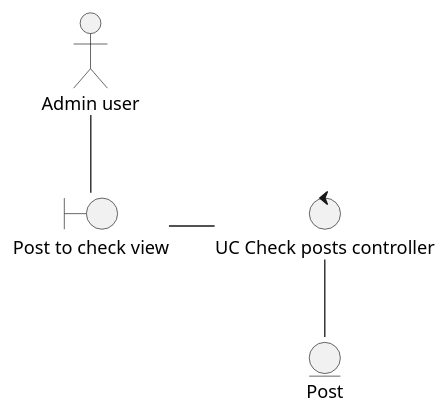
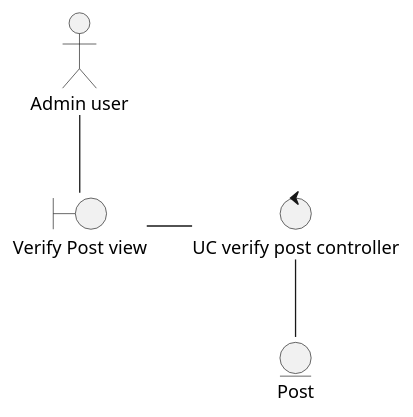
One commit to Dayannis-07/ING_SOFT changed the diagram in docs/scenariosView/analysisClassDiagram/useCase-VerificarPublicaciones.puml. Above: the diagram before and after it, drawn with PlantUML. The commit also changed 7 other files, not shown here.

```diff
--- a/docs/scenariosView/analysisClassDiagram/useCase-VerificarPublicaciones.puml
+++ b/docs/scenariosView/analysisClassDiagram/useCase-VerificarPublicaciones.puml
@@ -1,9 +1,9 @@
 @startuml verificarPublicaciones
 actor "Admin user" as Act
-boundary "Post to check view" as view
+boundary "Verify Post view" as view
 Act--view
-control "UC Check posts controller" as controller
+control "UC verify post controller" as controller
 view-r-controller
 entity Post as entity
 controller--entity
 @enduml
```
